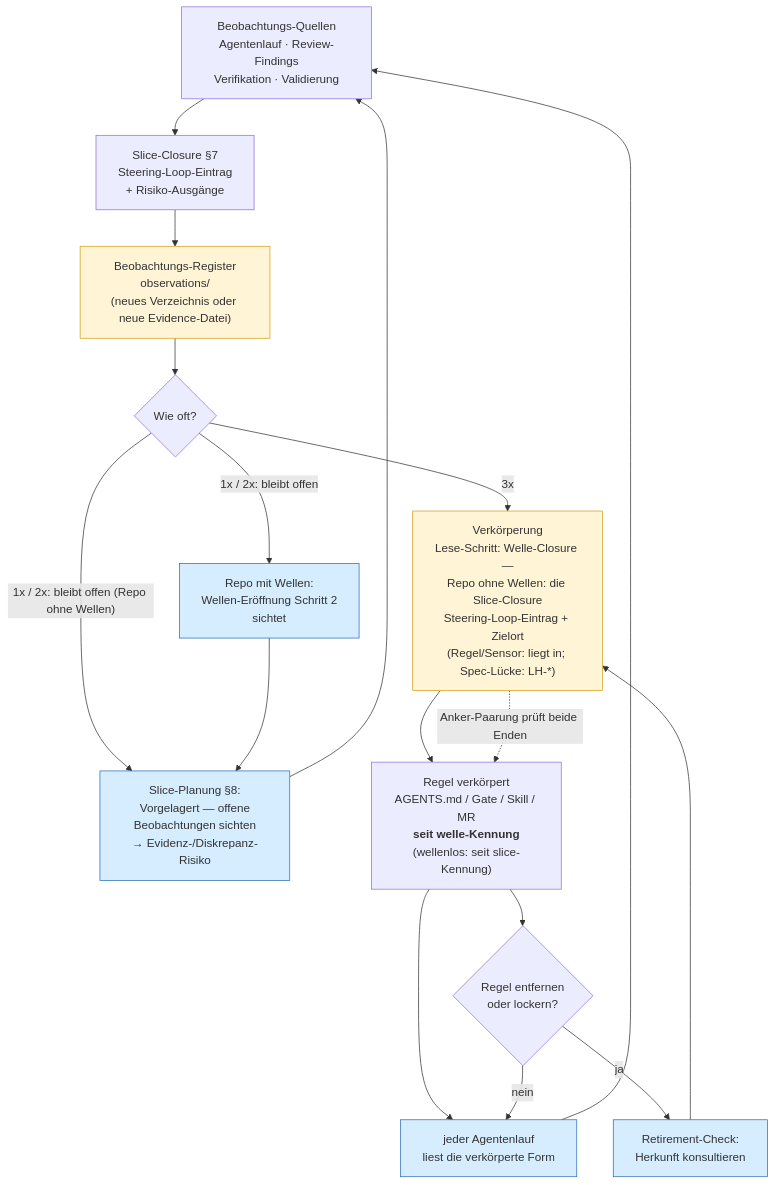
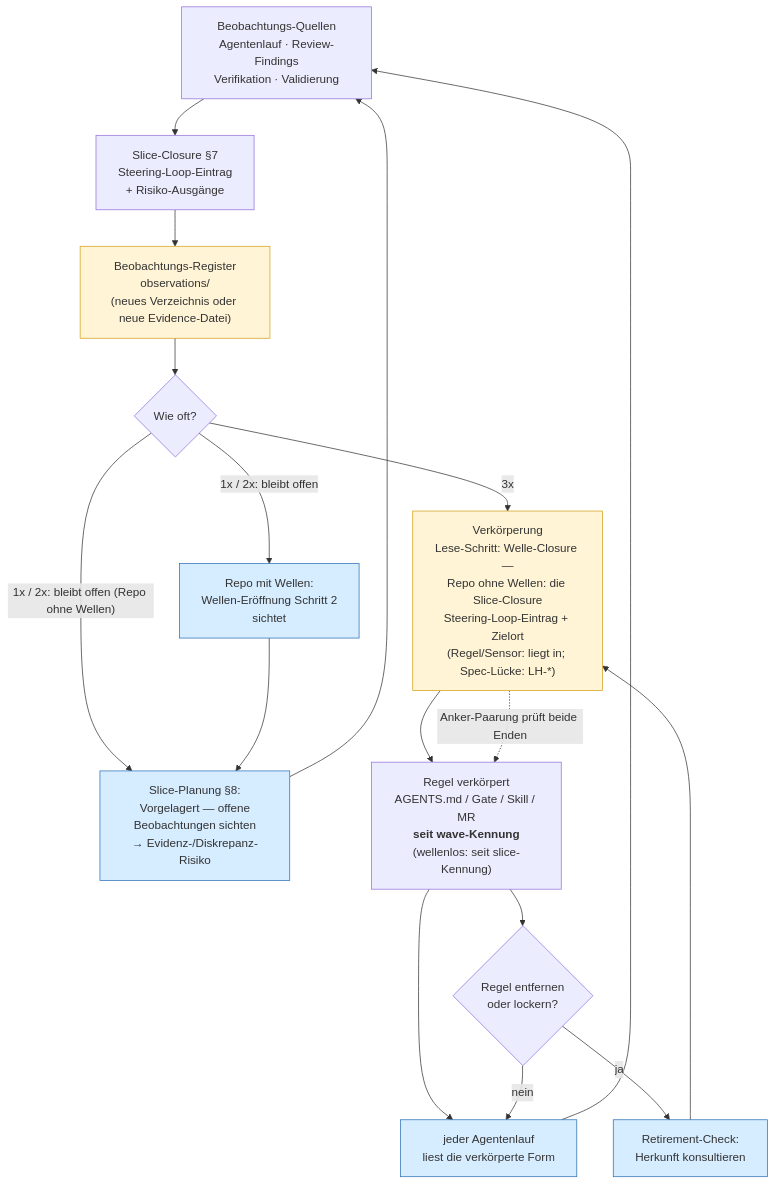
Before and after one commit to pt9912/ai-harness-course: the diagram in kurs/de/grundlagen/traceability.md, drawn with Mermaid. The commit also changed other lines of this file and 136 other files, not shown here.

````diff
--- a/kurs/de/grundlagen/traceability.md
+++ b/kurs/de/grundlagen/traceability.md
@@ -255,28 +255,28 @@
 ```mermaid
 flowchart TB
     A["Beobachtungs-Quellen<br/>Agentenlauf · Review-Findings<br/>Verifikation · Validierung"] --> B["Slice-Closure §7<br/>Steering-Loop-Eintrag<br/>+ Risiko-Ausgänge"]
     B --> V["Beobachtungs-Register<br/>observations/<br/>(neues Verzeichnis oder neue Evidence-Datei)"]
     V --> C{"Wie oft?"}
     C -- "3x" --> E["Verkörperung<br/>Lese-Schritt: Welle-Closure —<br/>Repo ohne Wellen: die Slice-Closure<br/>Steering-Loop-Eintrag + Zielort<br/>(Regel/Sensor: liegt in; Spec-Lücke: LH-*)"]
 
     C -- "1x / 2x: bleibt offen" --> F["Repo mit Wellen:<br/>Wellen-Eröffnung Schritt 2<br/>sichtet"]
     C -- "1x / 2x: bleibt offen (Repo ohne Wellen)" --> G
     F --> G["Slice-Planung §8:<br/>Vorgelagert — offene<br/>Beobachtungen sichten<br/>→ Evidenz-/Diskrepanz-Risiko"]
     G --> A
 
-    E --> H["Regel verkörpert<br/>AGENTS.md / Gate / Skill / MR<br/><b>seit welle-Kennung</b><br/>(wellenlos: seit slice-Kennung)"]
+    E --> H["Regel verkörpert<br/>AGENTS.md / Gate / Skill / MR<br/><b>seit wave-Kennung</b><br/>(wellenlos: seit slice-Kennung)"]
     H --> I["jeder Agentenlauf<br/>liest die verkörperte Form"]
     I --> A
     E -. "Anker-Paarung prüft beide Enden" .-> H
     H --> J{"Regel entfernen<br/>oder lockern?"}
     J -- "ja" --> K["Retirement-Check:<br/>Herkunft konsultieren"]
     J -- "nein" --> I
     K --> E
 
     style V fill:#fff4d6,stroke:#d4a017
     style E fill:#fff4d6,stroke:#d4a017
     style F fill:#d6ecff,stroke:#2a6fb5
     style G fill:#d6ecff,stroke:#2a6fb5
     style I fill:#d6ecff,stroke:#2a6fb5
     style K fill:#d6ecff,stroke:#2a6fb5
 ```
````
